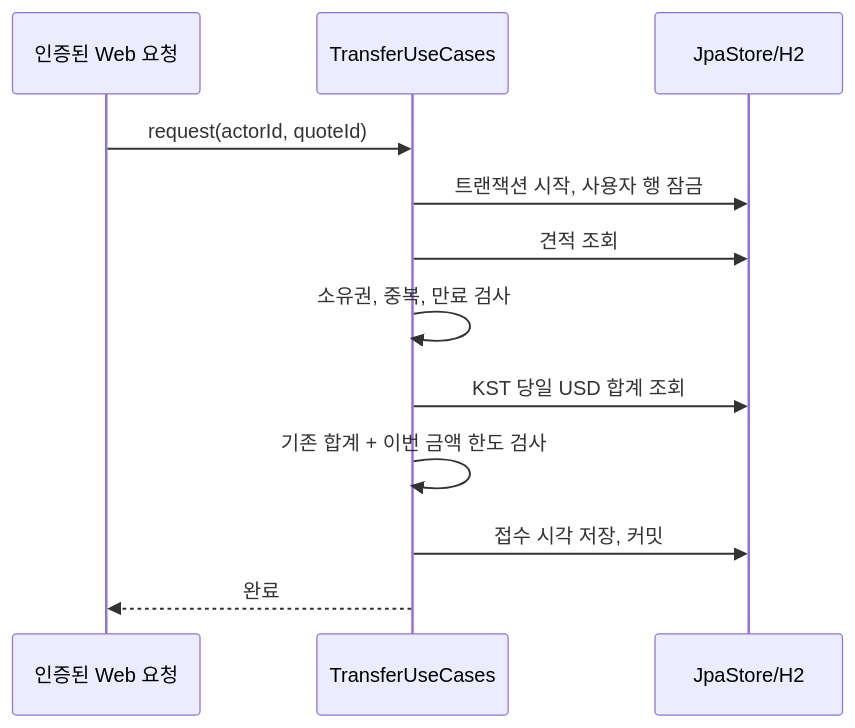
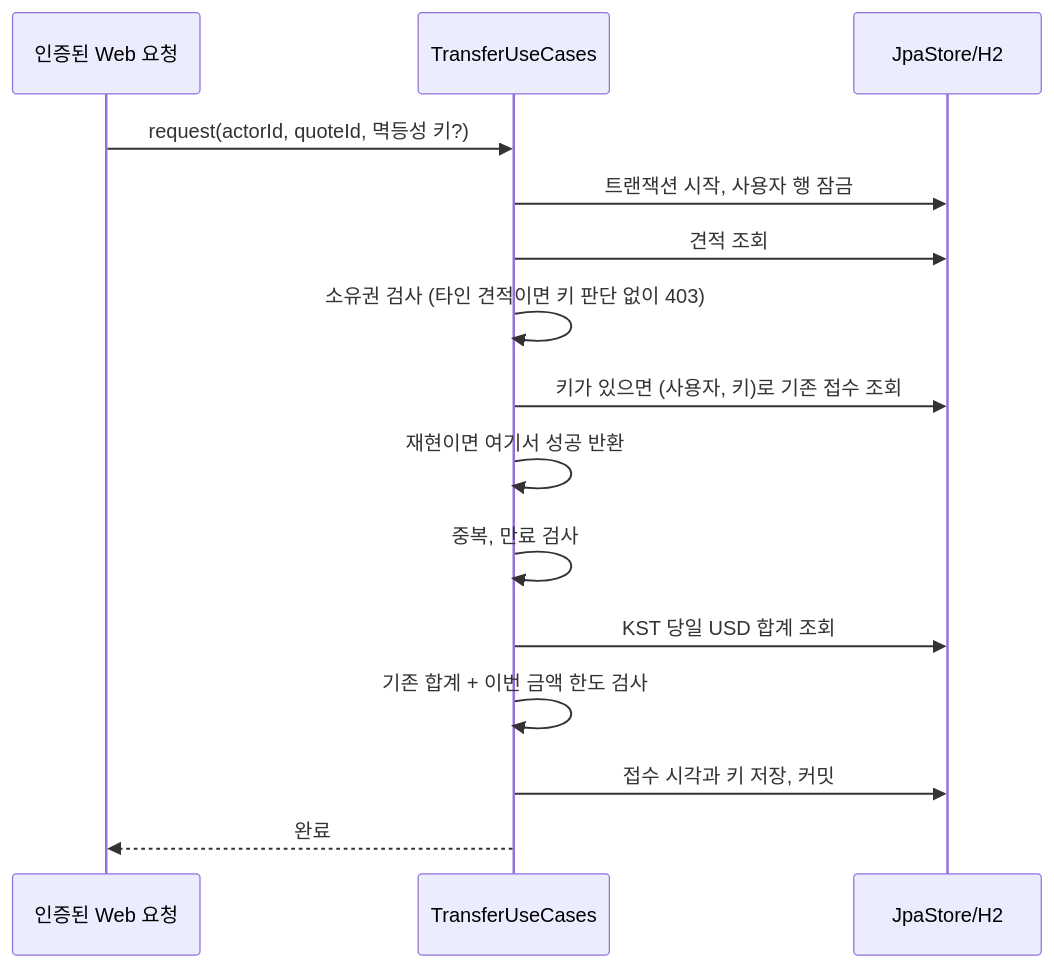
One commit to ssipflow/GlobalRemittance changed the second of 4 diagrams in docs/application/architecture.md. Above: the diagram before and after it, drawn with Mermaid. The commit also changed other lines of this file and 16 other files, not shown here.

````diff
--- a/docs/application/architecture.md
+++ b/docs/application/architecture.md
@@ -42,14 +42,17 @@
 ```mermaid
 sequenceDiagram
     participant W as 인증된 Web 요청
     participant A as TransferUseCases
     participant P as JpaStore/H2
-    W->>A: request(actorId, quoteId)
+    W->>A: request(actorId, quoteId, 멱등성 키?)
     A->>P: 트랜잭션 시작, 사용자 행 잠금
     A->>P: 견적 조회
-    A->>A: 소유권, 중복, 만료 검사
+    A->>A: 소유권 검사 (타인 견적이면 키 판단 없이 403)
+    A->>P: 키가 있으면 (사용자, 키)로 기존 접수 조회
+    A->>A: 재현이면 여기서 성공 반환
+    A->>A: 중복, 만료 검사
     A->>P: KST 당일 USD 합계 조회
     A->>A: 기존 합계 + 이번 금액 한도 검사
-    A->>P: 접수 시각 저장, 커밋
+    A->>P: 접수 시각과 키 저장, 커밋
     A-->>W: 완료
 ```
````
